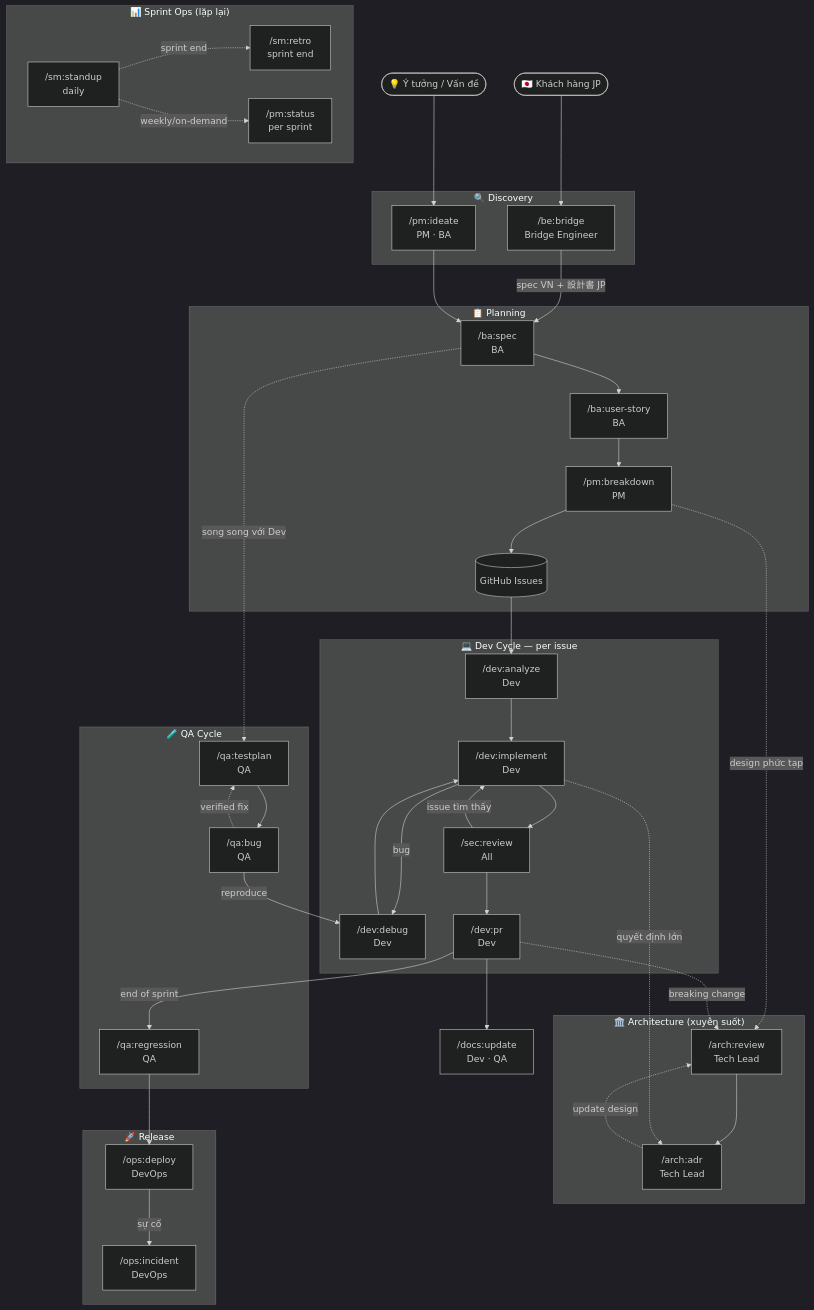
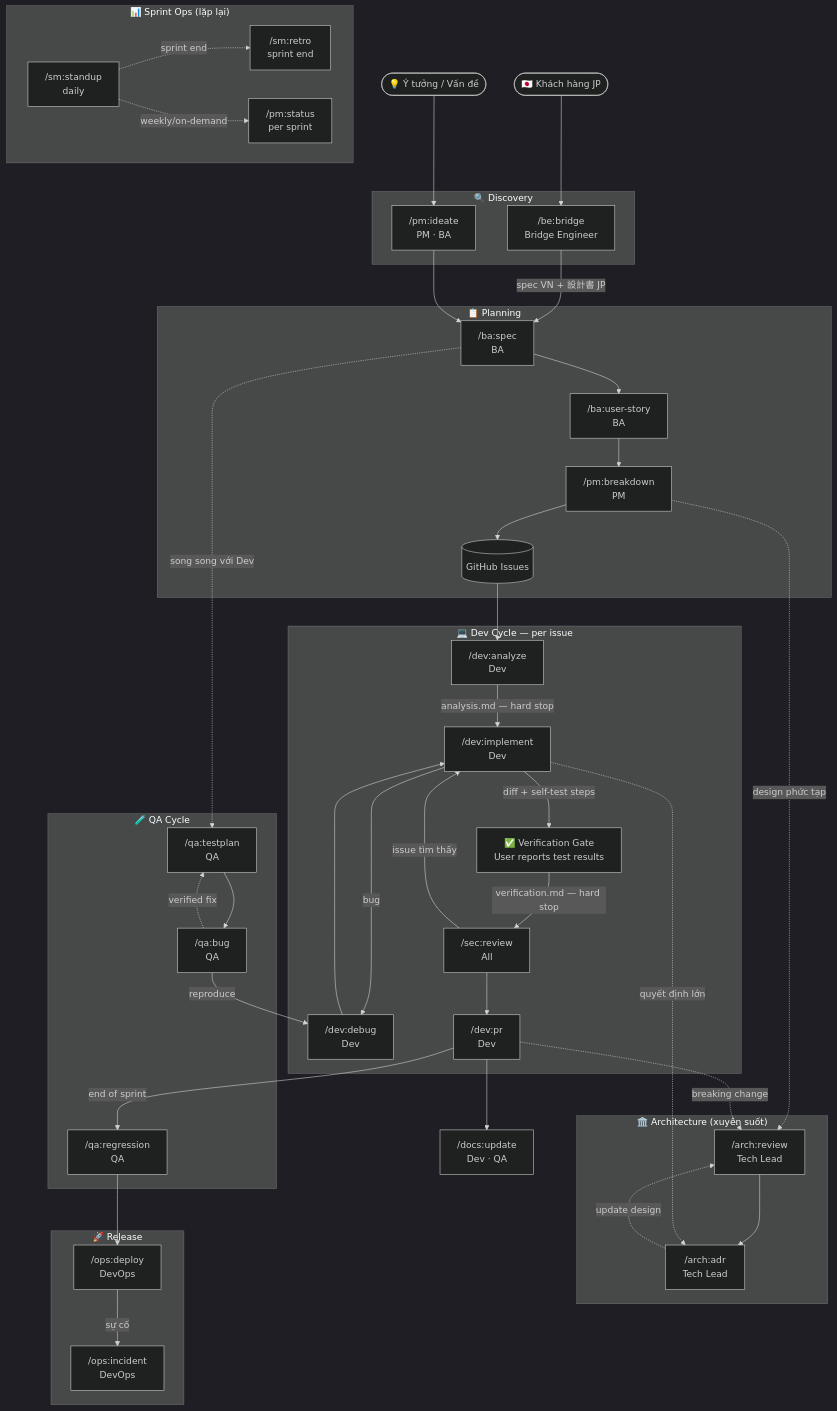
The diagram in docs/workflows/skill-flowchart.md (hiepdnh/Agentic-Development-Lifecycle), drawn with Mermaid (dark theme) before and after one commit. The commit also changed other lines of this file and 2 other files, not shown here.

First line of the commit message:
docs: update workflow docs for verification gate + hard stops

```diff
--- a/docs/workflows/skill-flowchart.md
+++ b/docs/workflows/skill-flowchart.md
@@ -36,6 +36,7 @@
     subgraph DEV ["💻 Dev Cycle — per issue"]
         ANALYZE["/dev:analyze\nDev"]
         IMPLEMENT["/dev:implement\nDev"]
+        VERIFY["✅ Verification Gate\nUser reports test results"]
         DEBUG["/dev:debug\nDev"]
         SEC["/sec:review\nAll"]
         PR["/dev:pr\nDev"]
@@ -87,14 +88,17 @@
 
     %% Issues → Dev
     ISSUES --> ANALYZE
-    ANALYZE --> IMPLEMENT
+    ANALYZE -->|"analysis.md — hard stop"| IMPLEMENT
 
     %% Dev loop
     IMPLEMENT -->|"bug"| DEBUG
     DEBUG --> IMPLEMENT
 
+    %% Verification
+    IMPLEMENT -->|"diff + self-test steps"| VERIFY
+    VERIFY -->|"verification.md — hard stop"| SEC
+
     %% Pre-merge
-    IMPLEMENT --> SEC
     SEC -->|"issue tìm thấy"| IMPLEMENT
     SEC --> PR
 
```
